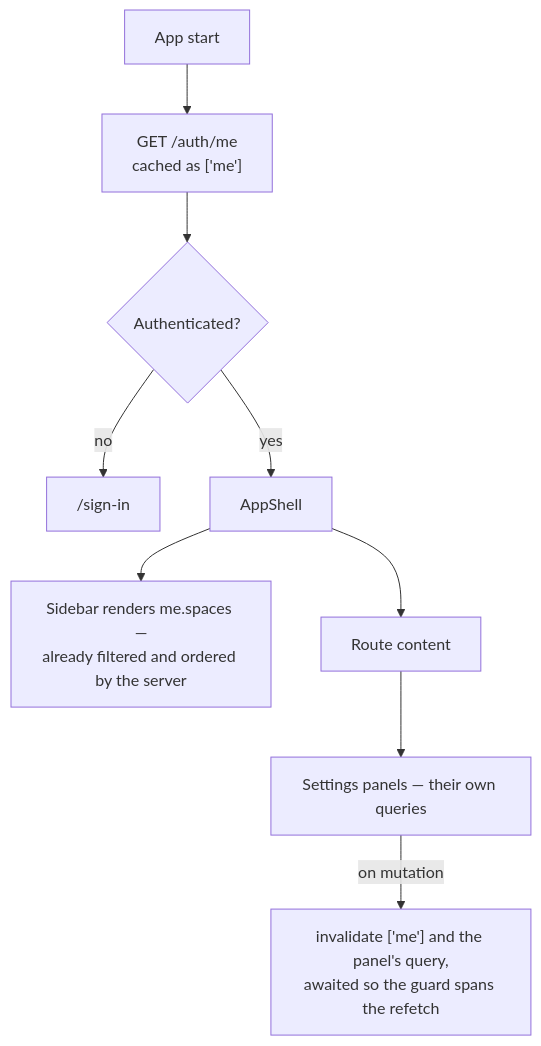
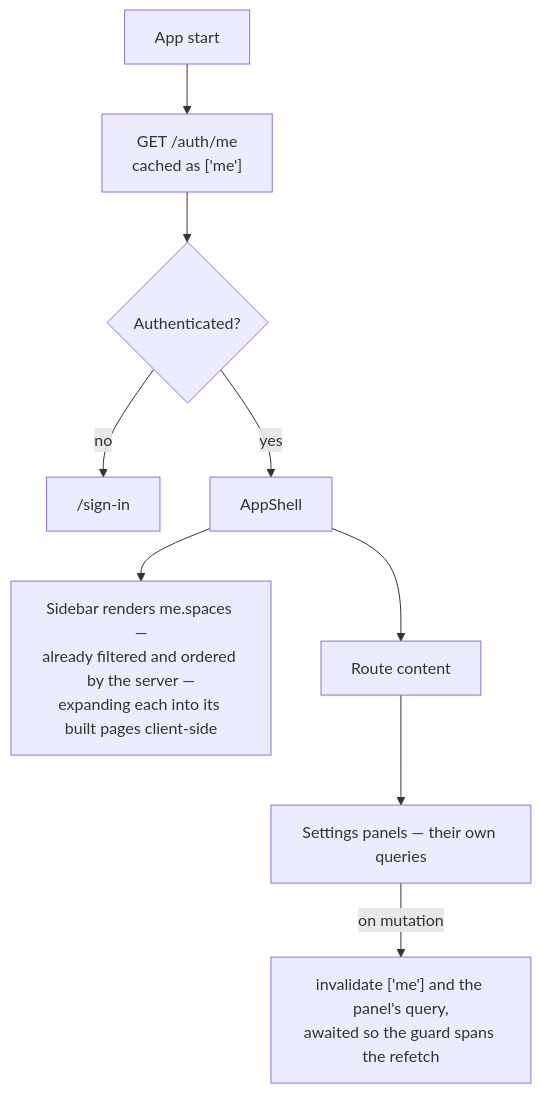
The tenth of 11 diagrams in docs/SYSTEM_DESIGN.md (oandrz/Household), drawn with Mermaid before and after one commit. The commit also changed other lines of this file and 2 other files, not shown here.

Commit message:
feat(shell): the design's grouped sidebar — Money expands to Finances and Transactions

````diff
--- a/docs/SYSTEM_DESIGN.md
+++ b/docs/SYSTEM_DESIGN.md
@@ -607,11 +607,11 @@
 ```mermaid
 graph TD
     Boot["App start"] --> Me["GET /auth/me<br/>cached as ['me']"]
     Me --> Guard{"Authenticated?"}
     Guard -->|no| SignIn["/sign-in"]
     Guard -->|yes| Shell["AppShell"]
-    Shell --> Sidebar["Sidebar renders me.spaces —<br/>already filtered and ordered by the server"]
+    Shell --> Sidebar["Sidebar renders me.spaces —<br/>already filtered and ordered by the server —<br/>expanding each into its built pages client-side"]
     Shell --> Page["Route content"]
     Page --> Settings["Settings panels — their own queries"]
     Settings -->|"on mutation"| Invalidate["invalidate ['me'] and the panel's query,<br/>awaited so the guard spans the refetch"]
 ```
````
